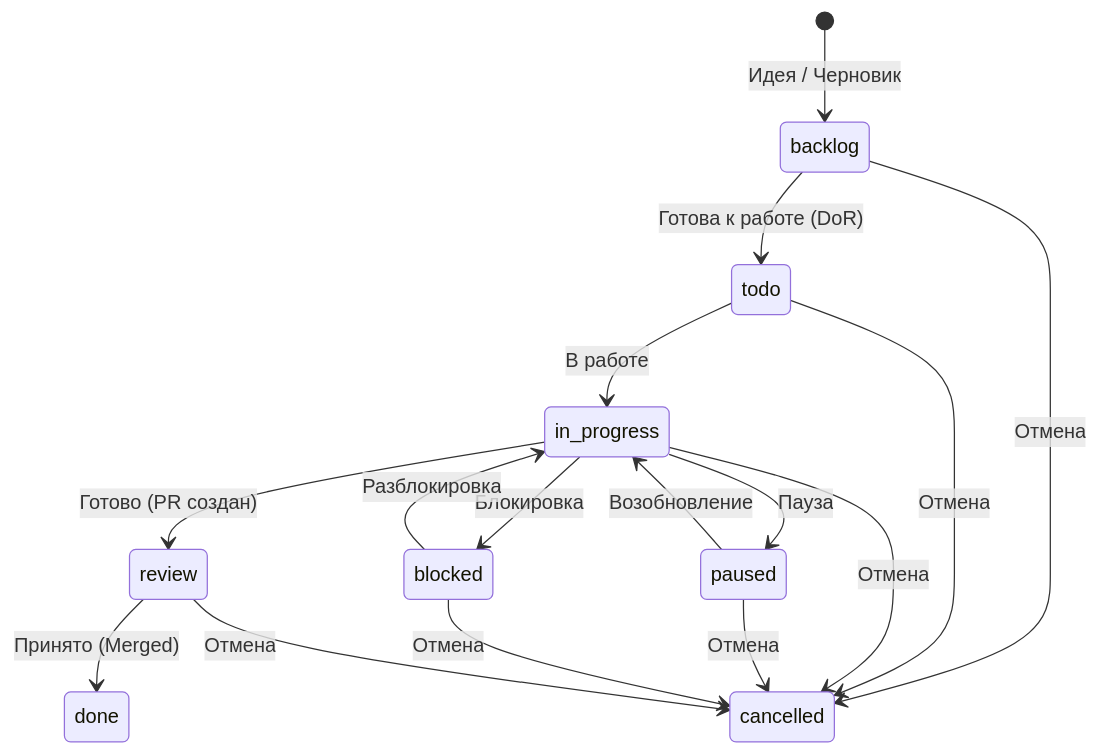
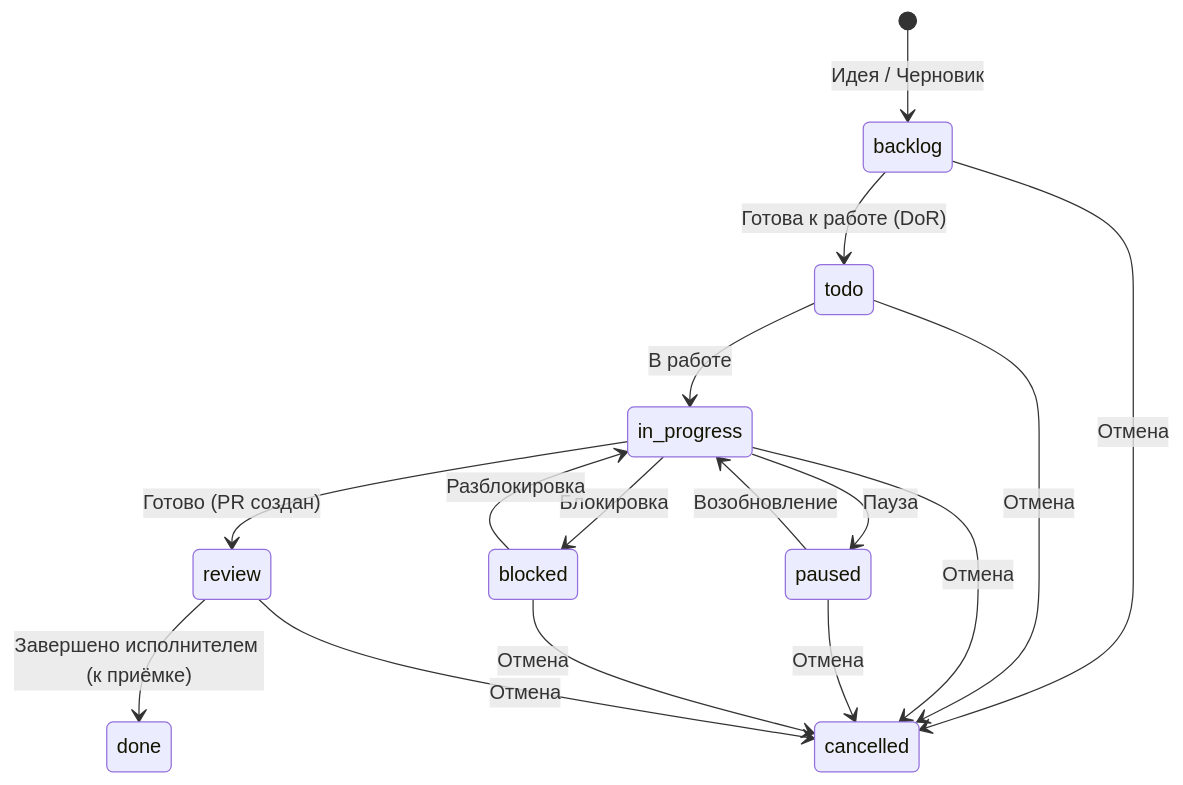
The diagram in docs/todo-md/reference/STATUSES.md (prikotov/todo-md), drawn with Mermaid before and after one commit. The commit also changed other lines of this file and 12 other files, not shown here.

````diff
--- a/docs/todo-md/reference/STATUSES.md
+++ b/docs/todo-md/reference/STATUSES.md
@@ -30,21 +34,21 @@
 ```mermaid
 stateDiagram-v2
     [*] --> backlog: Идея / Черновик
     backlog --> todo: Готова к работе (DoR)
     todo --> in_progress: В работе
     in_progress --> review: Готово (PR создан)
-    review --> done: Принято (Merged)
+    review --> done: Завершено исполнителем (к приёмке)
     
     in_progress --> paused: Пауза
     paused --> in_progress: Возобновление
     
     in_progress --> blocked: Блокировка
     blocked --> in_progress: Разблокировка
     
     backlog --> cancelled: Отмена
     todo --> cancelled: Отмена
     in_progress --> cancelled: Отмена
     paused --> cancelled: Отмена
     blocked --> cancelled: Отмена
     review --> cancelled: Отмена
 ```
````
